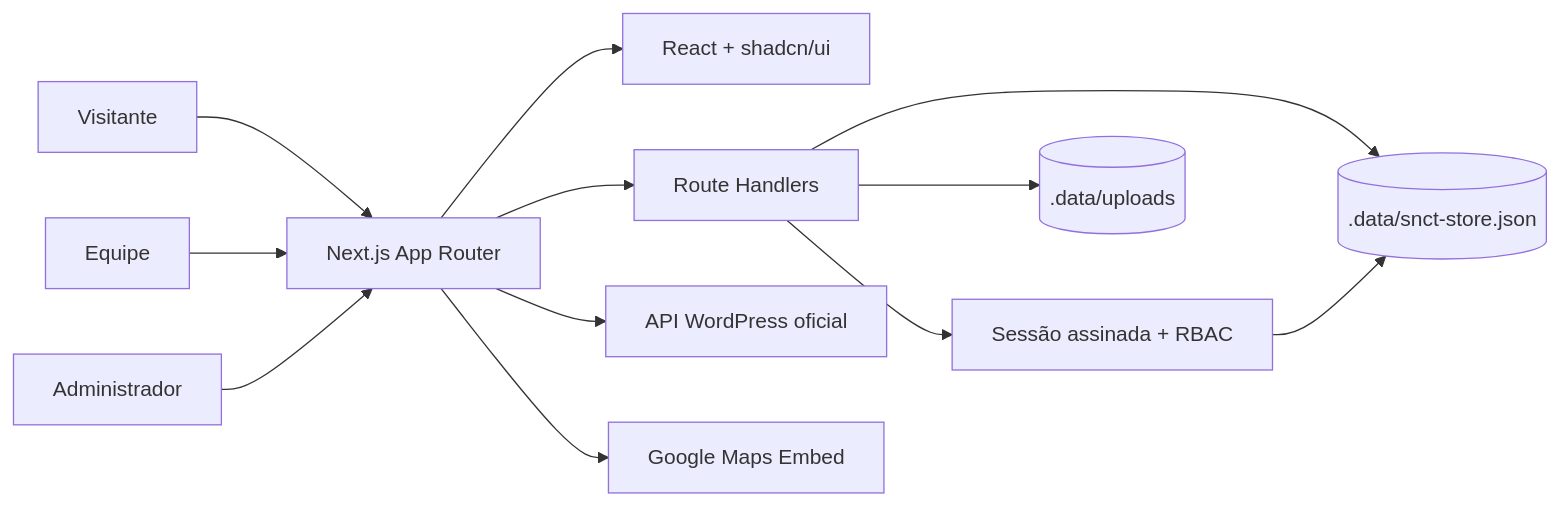
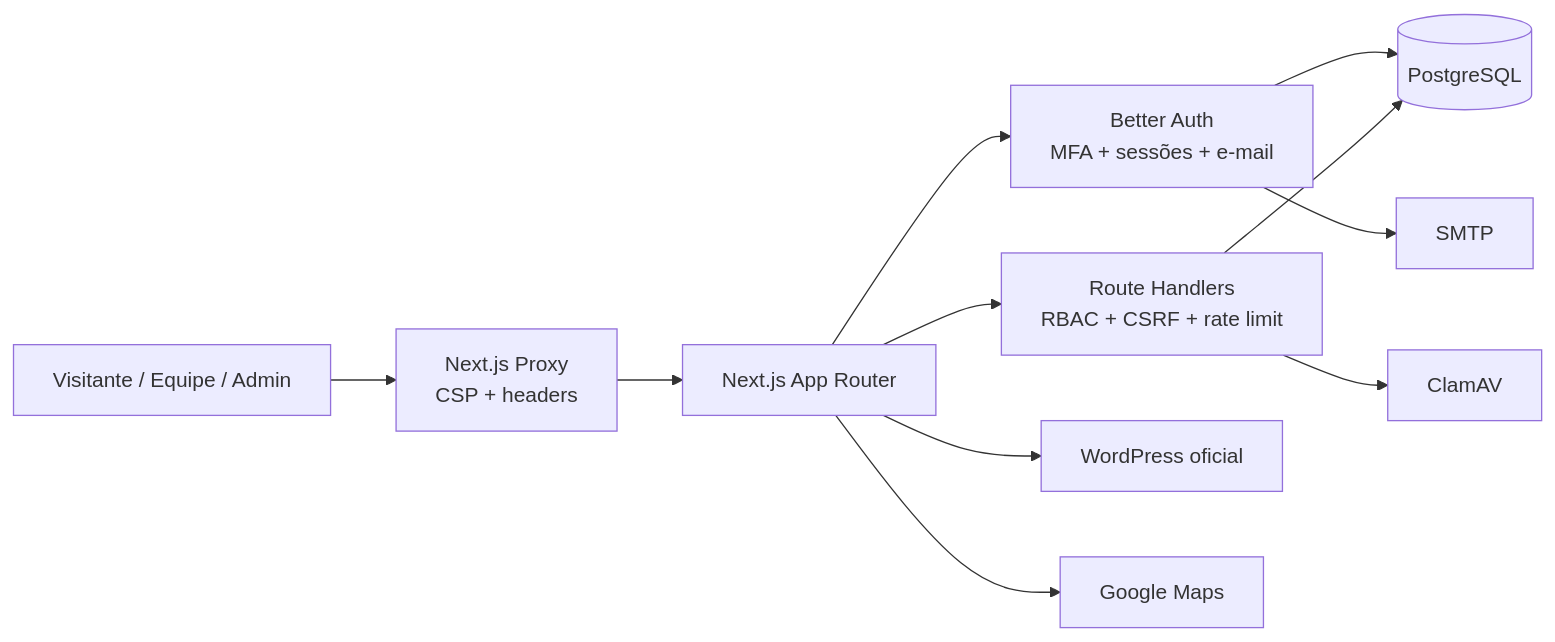
Before and after one commit to diegocoodes/snct: the diagram in README.md, drawn with Mermaid. The commit also changed other lines of this file and 55 other files, not shown here.

Commit message:
feat: harden portal with PostgreSQL security

````diff
--- a/README.md
+++ b/README.md
@@ -39,17 +42,13 @@
 ```mermaid
 flowchart LR
-    U[Visitante] --> APP[Next.js App Router]
-    S[Equipe] --> APP
-    A[Administrador] --> APP
-
-    APP --> UI[React + shadcn/ui]
-    APP --> API[Route Handlers]
-    APP --> NEWS[API WordPress oficial]
-    APP --> MAP[Google Maps Embed]
-
-    API --> AUTH[Sessão assinada + RBAC]
-    API --> STORE[(.data/snct-store.json)]
-    API --> FILES[(.data/uploads)]
-
-    AUTH --> STORE
+    U[Visitante / Equipe / Admin] --> PX[Next.js Proxy<br/>CSP + headers]
+    PX --> APP[Next.js App Router]
+    APP --> AUTH[Better Auth<br/>MFA + sessões + e-mail]
+    APP --> API[Route Handlers<br/>RBAC + CSRF + rate limit]
+    APP --> NEWS[WordPress oficial]
+    APP --> MAP[Google Maps]
+    AUTH --> PG[(PostgreSQL)]
+    API --> PG
+    API --> AV[ClamAV]
+    AUTH --> SMTP[SMTP]
 ```
````
